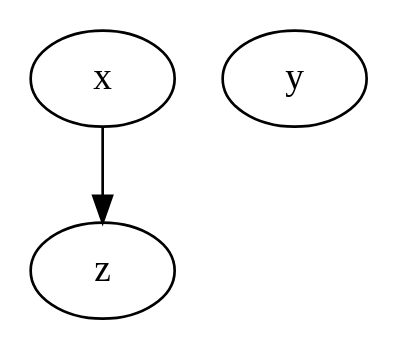
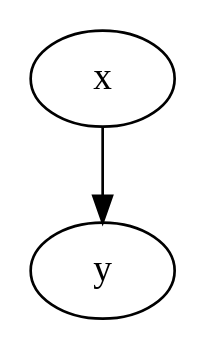
Before and after one commit to sinisterra/causal-python-sandbox: the diagram in models/intervention_xyz_CCDr.dot, drawn with Graphviz. The commit also changed 7 other files, not shown here.

```diff
--- a/models/intervention_xyz_CCDr.dot
+++ b/models/intervention_xyz_CCDr.dot
@@ -1,4 +1,3 @@
 strict digraph "" {
-	x -> z	 [weight=1];
-	y;
+	x -> y	 [weight=1];
 }
```
